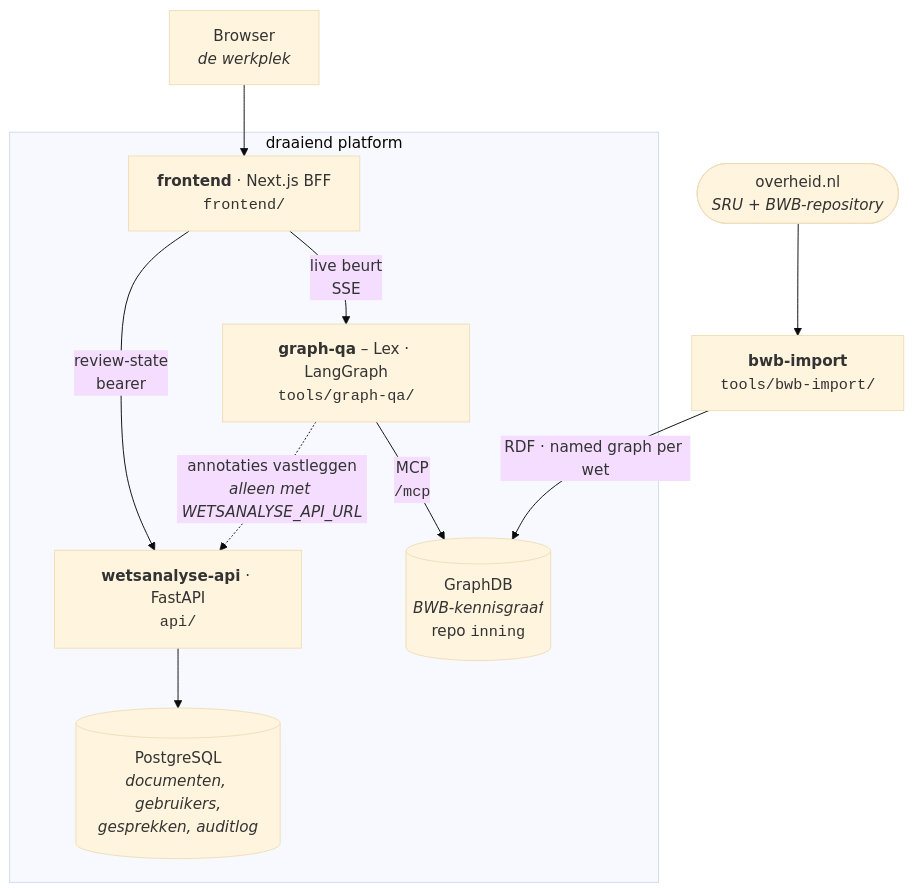
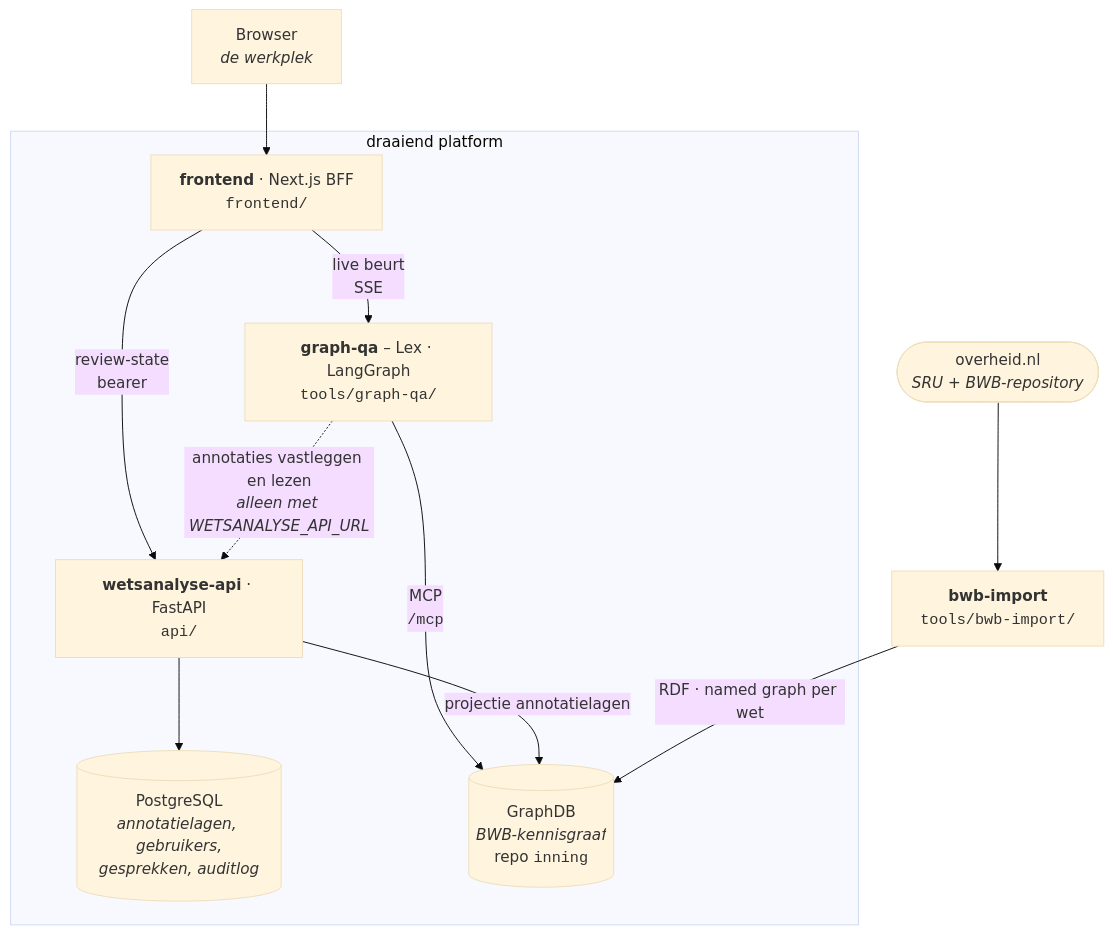
Before and after one commit to palmw01/wetsanalyse-ai: the first of 2 diagrams in README.md, drawn with Mermaid (base theme). The commit also changed other lines of this file and 14 other files, not shown here.

````diff
--- a/README.md
+++ b/README.md
@@ -38,24 +42,25 @@
 ```mermaid
 flowchart TB
     Browser["Browser<br/><i>de werkplek</i>"]
 
     subgraph platform ["draaiend platform"]
         FE["<b>frontend</b> · Next.js BFF<br/><code>frontend/</code>"]
         API["<b>wetsanalyse-api</b> · FastAPI<br/><code>api/</code>"]
         QA["<b>graph-qa</b> – Lex · LangGraph<br/><code>tools/graph-qa/</code>"]
-        PG[("PostgreSQL<br/><i>documenten, gebruikers,<br/>gesprekken, auditlog</i>")]
+        PG[("PostgreSQL<br/><i>annotatielagen, gebruikers,<br/>gesprekken, auditlog</i>")]
         GDB[("GraphDB<br/><i>BWB-kennisgraaf</i><br/>repo <code>inning</code>")]
     end
 
     IMP["<b>bwb-import</b><br/><code>tools/bwb-import/</code>"]
     OVH(["overheid.nl<br/><i>SRU + BWB-repository</i>"])
 
     Browser --> FE
     FE -->|"review-state<br/>bearer"| API
     FE -->|"live beurt<br/>SSE"| QA
     API --> PG
     QA -->|"MCP<br/><code>/mcp</code>"| GDB
-    QA -.->|"annotaties vastleggen<br/><i>alleen met WETSANALYSE_API_URL</i>"| API
+    QA -.->|"annotaties vastleggen en lezen<br/><i>alleen met WETSANALYSE_API_URL</i>"| API
+    API -->|"projectie annotatielagen"| GDB
     OVH --> IMP
     IMP -->|"RDF · named graph per wet"| GDB
 ```
````
